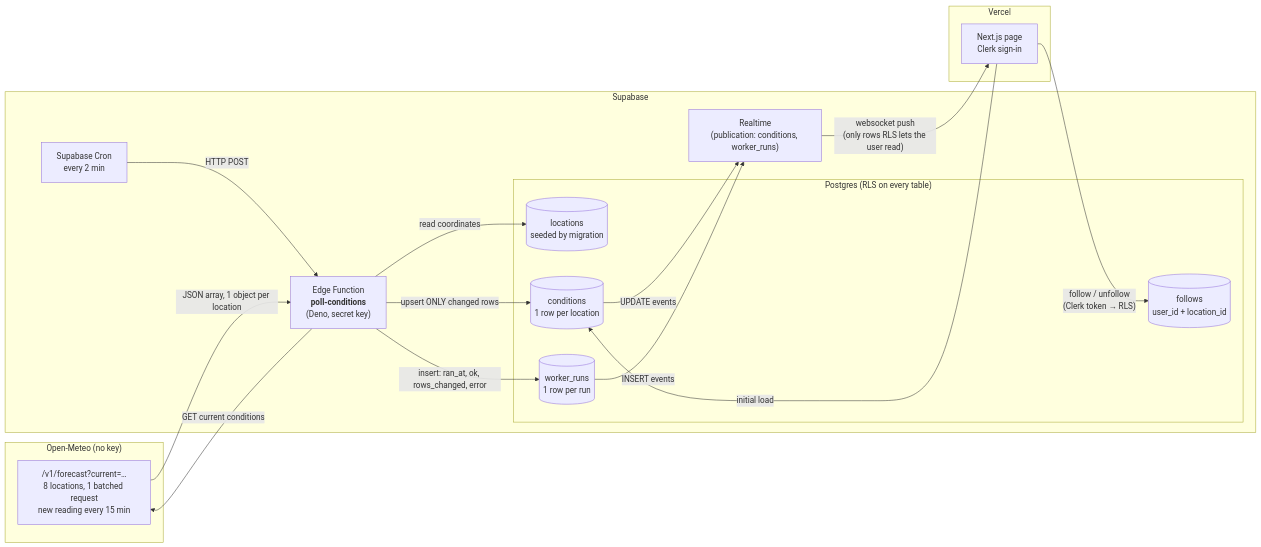
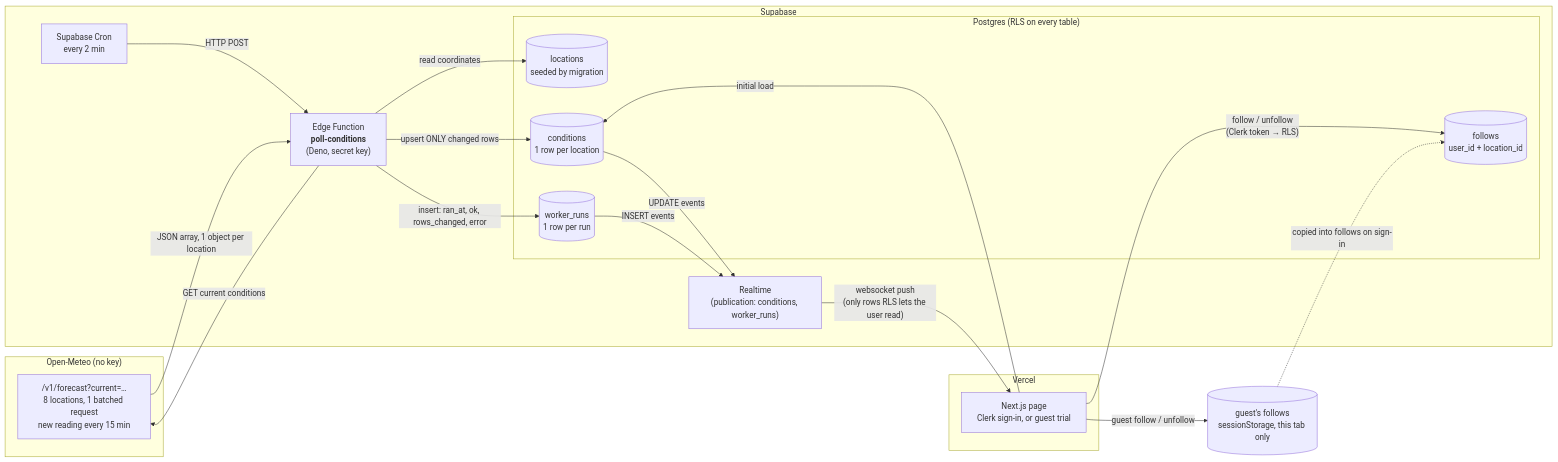
One commit to apham799/DesignBuildShip_Assignment5 changed the diagram in docs/data-flow.md. Above: the diagram before and after it, drawn with Mermaid. The commit also changed other lines of this file and 7 other files, not shown here.

First line of the commit message:
Guest trial, step 2: live page for signed-out visitors

````diff
--- a/docs/data-flow.md
+++ b/docs/data-flow.md
@@ -5,34 +5,38 @@
 ```mermaid
 flowchart LR
     subgraph Source["Open-Meteo (no key)"]
         OM["/v1/forecast?current=…<br/>8 locations, 1 batched request<br/>new reading every 15 min"]
     end
 
     subgraph Supabase
         CRON["Supabase Cron<br/>every 2 min"]
         W["Edge Function<br/><b>poll-conditions</b><br/>(Deno, secret key)"]
         subgraph DB["Postgres (RLS on every table)"]
             LOC[("locations<br/>seeded by migration")]
             CON[("conditions<br/>1 row per location")]
             RUNS[("worker_runs<br/>1 row per run")]
             FOL[("follows<br/>user_id + location_id")]
         end
         RT["Realtime<br/>(publication: conditions, worker_runs)"]
     end
 
     subgraph Vercel
-        PAGE["Next.js page<br/>Clerk sign-in"]
+        PAGE["Next.js page<br/>Clerk sign-in, or guest trial"]
     end
+
+    TAB[("guest's follows<br/>sessionStorage, this tab only")]
 
     CRON -- "HTTP POST" --> W
     W -- "read coordinates" --> LOC
     W -- "GET current conditions" --> OM
     OM -- "JSON array, 1 object per location" --> W
     W -- "upsert ONLY changed rows" --> CON
     W -- "insert: ran_at, ok, rows_changed, error" --> RUNS
     CON -- "UPDATE events" --> RT
     RUNS -- "INSERT events" --> RT
     RT -- "websocket push<br/>(only rows RLS lets the user read)" --> PAGE
     PAGE -- "follow / unfollow<br/>(Clerk token → RLS)" --> FOL
+    PAGE -- "guest follow / unfollow" --> TAB
+    TAB -. "copied into follows on sign-in" .-> FOL
     PAGE -- "initial load" --> CON
 ```
````
